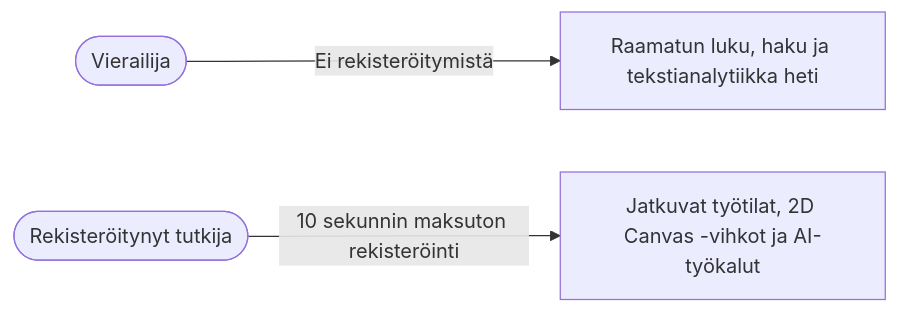
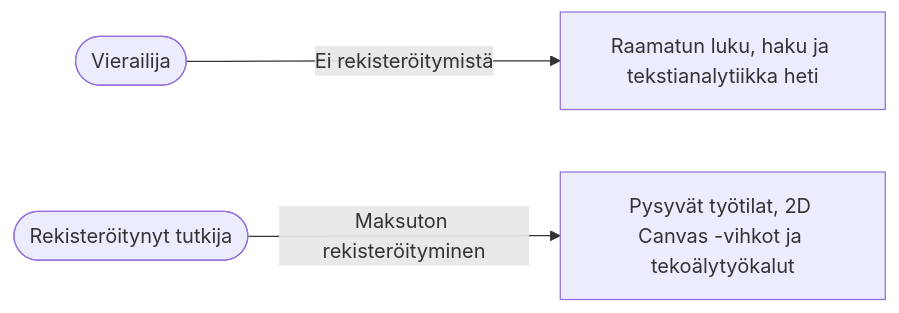
One commit to mvirtai/clible-v3-go changed the diagram in docs/fi/guide/terms-and-privacy.md. Above: the diagram before and after it, drawn with Mermaid. The commit also changed other lines of this file and 21 other files, not shown here.

````diff
--- a/docs/fi/guide/terms-and-privacy.md
+++ b/docs/fi/guide/terms-and-privacy.md
@@ -15,5 +15,5 @@
 ```mermaid
 graph LR
     Guest(["Vierailija"]) -->|Ei rekisteröitymistä| FreeAccess["Raamatun luku, haku ja tekstianalytiikka heti"]
-    User(["Rekisteröitynyt tutkija"]) -->|10 sekunnin maksuton rekisteröinti| CloudFeatures["Jatkuvat työtilat, 2D Canvas -vihkot ja AI-työkalut"]
+    User(["Rekisteröitynyt tutkija"]) -->|Maksuton rekisteröityminen| CloudFeatures["Pysyvät työtilat, 2D Canvas -vihkot ja tekoälytyökalut"]
 ```
````
